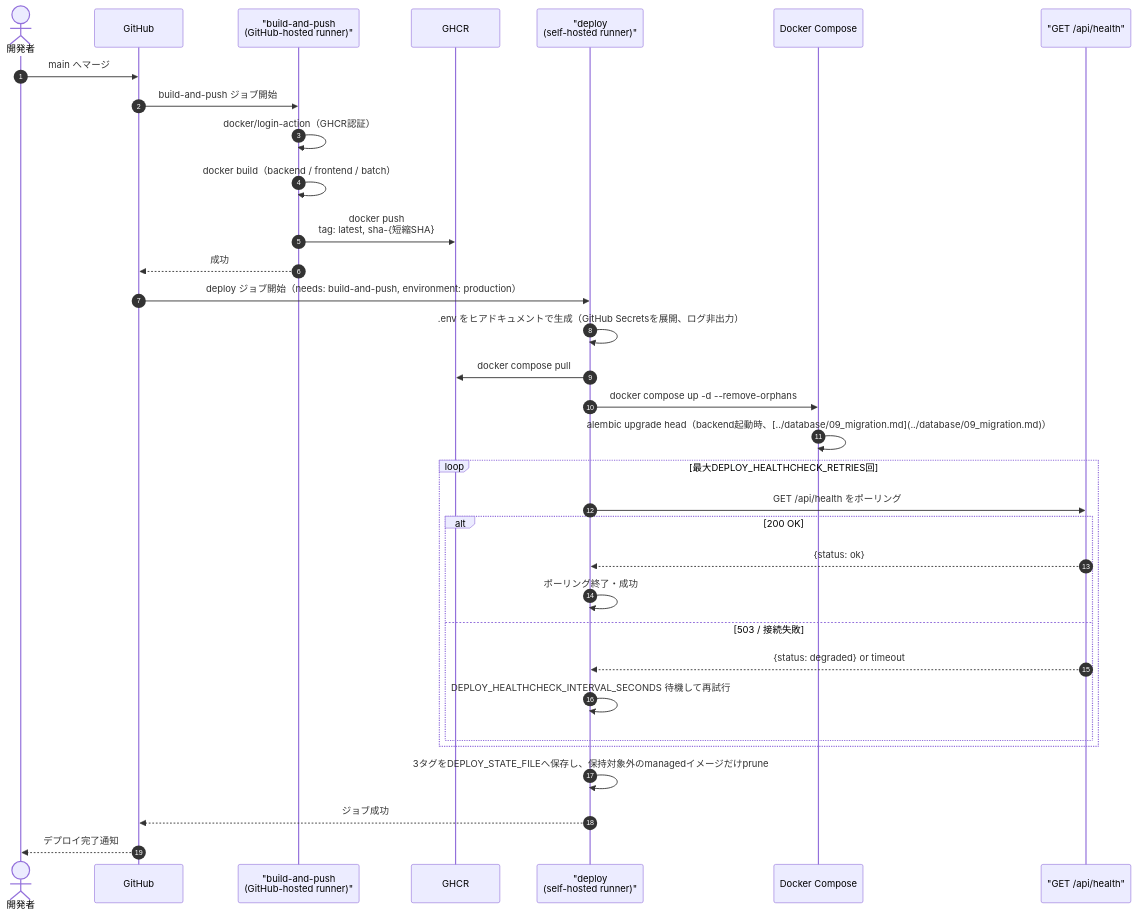
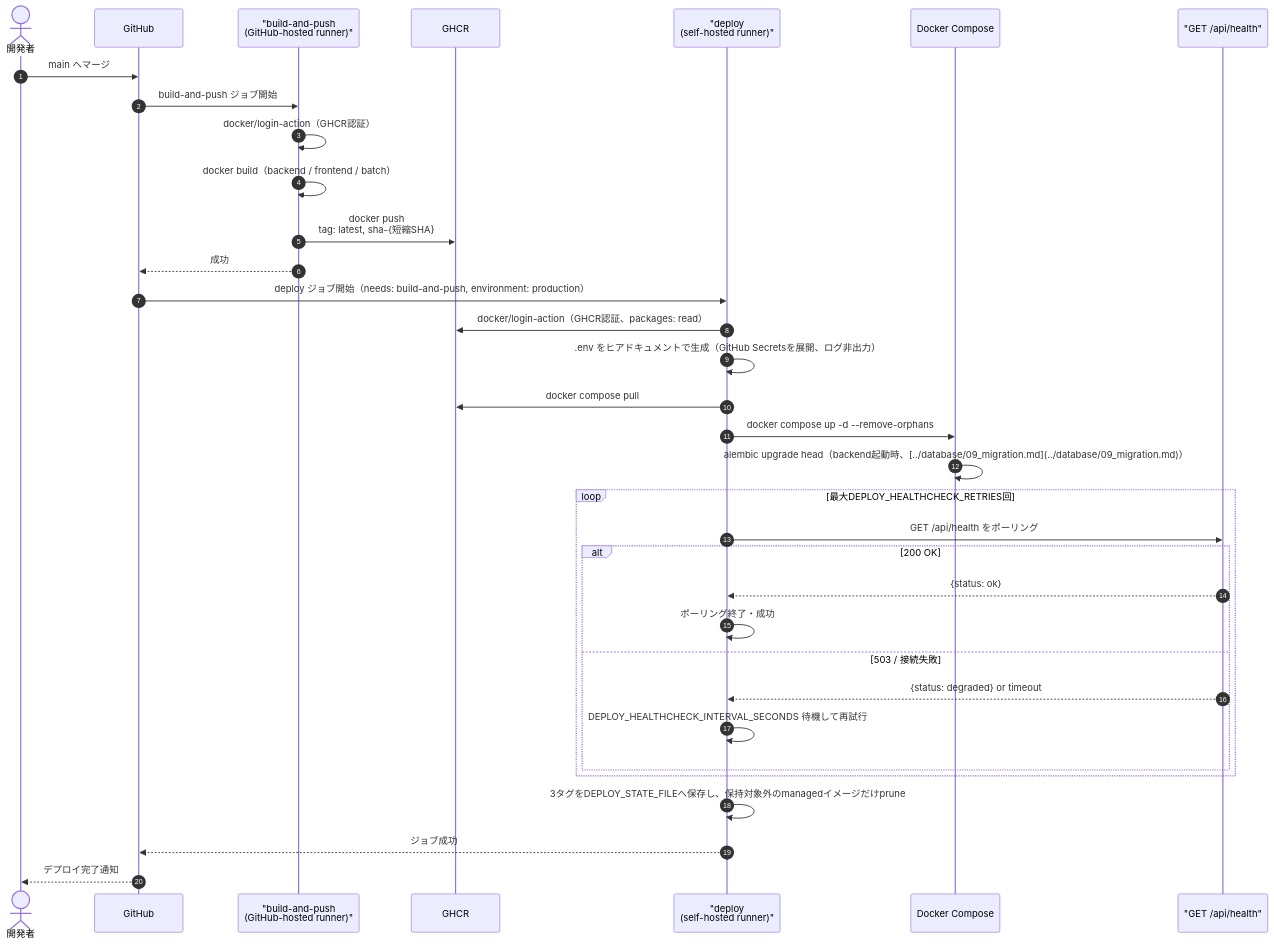
One commit to oikawa-d/task_management changed the first of 5 diagrams in docs/detailed_design/infra/06_cd_workflow.md. Above: the diagram before and after it, drawn with Mermaid. The commit also changed other lines of this file and 2 other files, not shown here.

````diff
--- a/docs/detailed_design/infra/06_cd_workflow.md
+++ b/docs/detailed_design/infra/06_cd_workflow.md
@@ -67,36 +67,37 @@
 ```mermaid
 sequenceDiagram
     autonumber
     actor DEV as 開発者
     participant GH as GitHub
     participant RUN as "build-and-push<br/>(GitHub-hosted runner)"
     participant GHCR as GHCR
     participant SELF as "deploy<br/>(self-hosted runner)"
     participant DC as Docker Compose
     participant HC as "GET /api/health"
 
     DEV->>GH: main へマージ
     GH->>RUN: build-and-push ジョブ開始
     RUN->>RUN: docker/login-action（GHCR認証）
     RUN->>RUN: docker build（backend / frontend / batch）
     RUN->>GHCR: docker push<br/>tag: latest, sha-{短縮SHA}
     RUN-->>GH: 成功
     GH->>SELF: deploy ジョブ開始（needs: build-and-push, environment: production）
+    SELF->>GHCR: docker/login-action（GHCR認証、packages: read）
     SELF->>SELF: .env をヒアドキュメントで生成（GitHub Secretsを展開、ログ非出力）
     SELF->>GHCR: docker compose pull
     SELF->>DC: docker compose up -d --remove-orphans
     DC->>DC: alembic upgrade head（backend起動時、[../database/09_migration.md](../database/09_migration.md)）
     loop 最大DEPLOY_HEALTHCHECK_RETRIES回
         SELF->>HC: GET /api/health をポーリング
         alt 200 OK
             HC-->>SELF: {status: ok}
             SELF->>SELF: ポーリング終了・成功
         else 503 / 接続失敗
             HC-->>SELF: {status: degraded} or timeout
             SELF->>SELF: DEPLOY_HEALTHCHECK_INTERVAL_SECONDS 待機して再試行
         end
     end
     SELF->>SELF: 3タグをDEPLOY_STATE_FILEへ保存し、保持対象外のmanagedイメージだけprune
     SELF-->>GH: ジョブ成功
     GH-->>DEV: デプロイ完了通知
 ```
````
